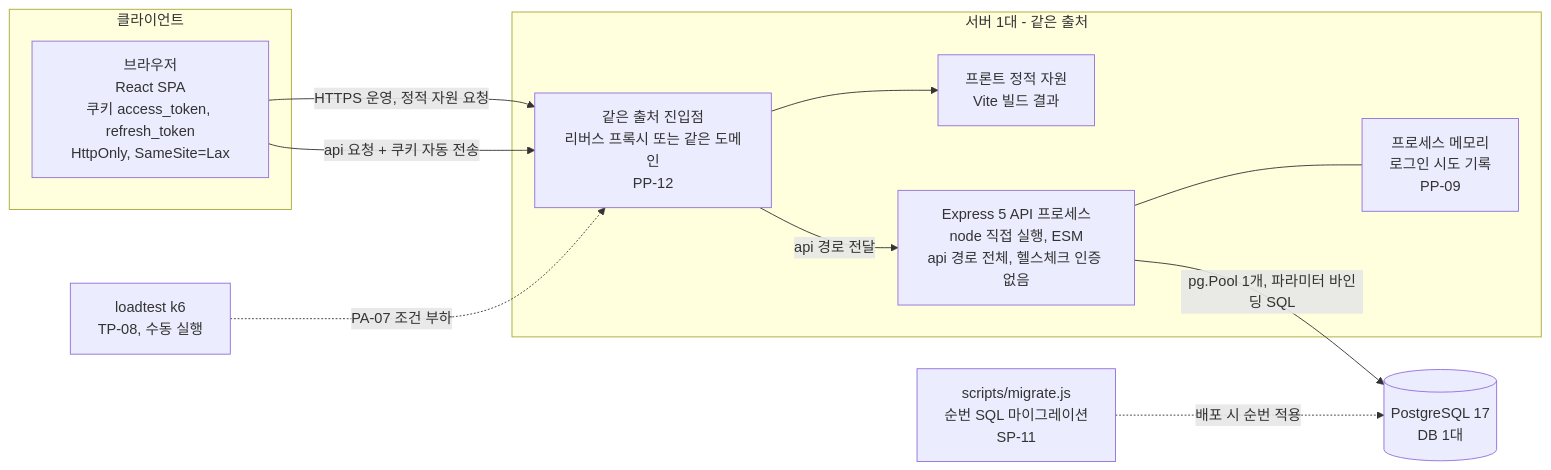
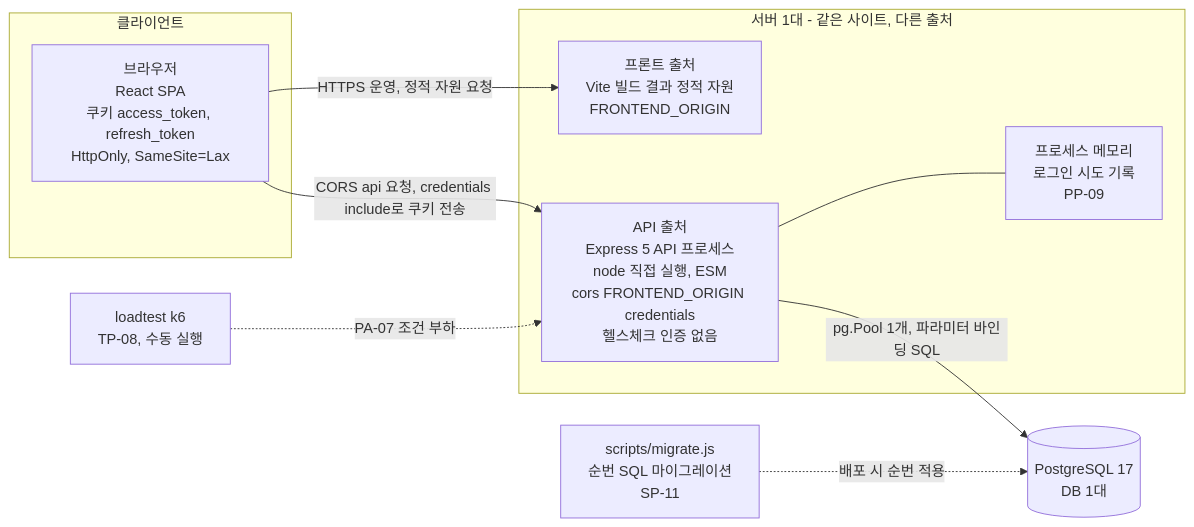
The first of 14 diagrams in docs/6-arch-diagram.md (wjdxo513/todolist-app), drawn with Mermaid before and after one commit. The commit also changed other lines of this file and 20 other files, not shown here.

First line of the commit message:
feat: 개발·운영 CORS 방식 전환, FRONTEND_ORIGIN 다중 출처·운영 필수, 코드 검토 반영

````diff
--- a/docs/6-arch-diagram.md
+++ b/docs/6-arch-diagram.md
@@ -63,26 +67,23 @@
 ```mermaid
 flowchart LR
     subgraph CLIENT["클라이언트"]
         B["브라우저<br/>React SPA<br/>쿠키 access_token, refresh_token<br/>HttpOnly, SameSite=Lax"]
     end
 
-    subgraph SERVER["서버 1대 - 같은 출처"]
-        EP["같은 출처 진입점<br/>리버스 프록시 또는 같은 도메인<br/>PP-12"]
-        STATIC["프론트 정적 자원<br/>Vite 빌드 결과"]
-        API["Express 5 API 프로세스<br/>node 직접 실행, ESM<br/>api 경로 전체, 헬스체크 인증 없음"]
+    subgraph SERVER["서버 1대 - 같은 사이트, 다른 출처"]
+        STATIC["프론트 출처<br/>Vite 빌드 결과 정적 자원<br/>FRONTEND_ORIGIN"]
+        API["API 출처<br/>Express 5 API 프로세스<br/>node 직접 실행, ESM<br/>cors FRONTEND_ORIGIN credentials<br/>헬스체크 인증 없음"]
         MEM["프로세스 메모리<br/>로그인 시도 기록<br/>PP-09"]
         API --- MEM
     end
 
     DB[("PostgreSQL 17<br/>DB 1대")]
     MIG["scripts/migrate.js<br/>순번 SQL 마이그레이션<br/>SP-11"]
     K6["loadtest k6<br/>TP-08, 수동 실행"]
 
-    B -->|"HTTPS 운영, 정적 자원 요청"| EP
-    EP --> STATIC
-    B -->|"api 요청 + 쿠키 자동 전송"| EP
-    EP -->|"api 경로 전달"| API
+    B -->|"HTTPS 운영, 정적 자원 요청"| STATIC
+    B -->|"CORS api 요청, credentials include로 쿠키 전송"| API
     API -->|"pg.Pool 1개, 파라미터 바인딩 SQL"| DB
     MIG -.->|"배포 시 순번 적용"| DB
-    K6 -.->|"PA-07 조건 부하"| EP
+    K6 -.->|"PA-07 조건 부하"| API
 ```
````
